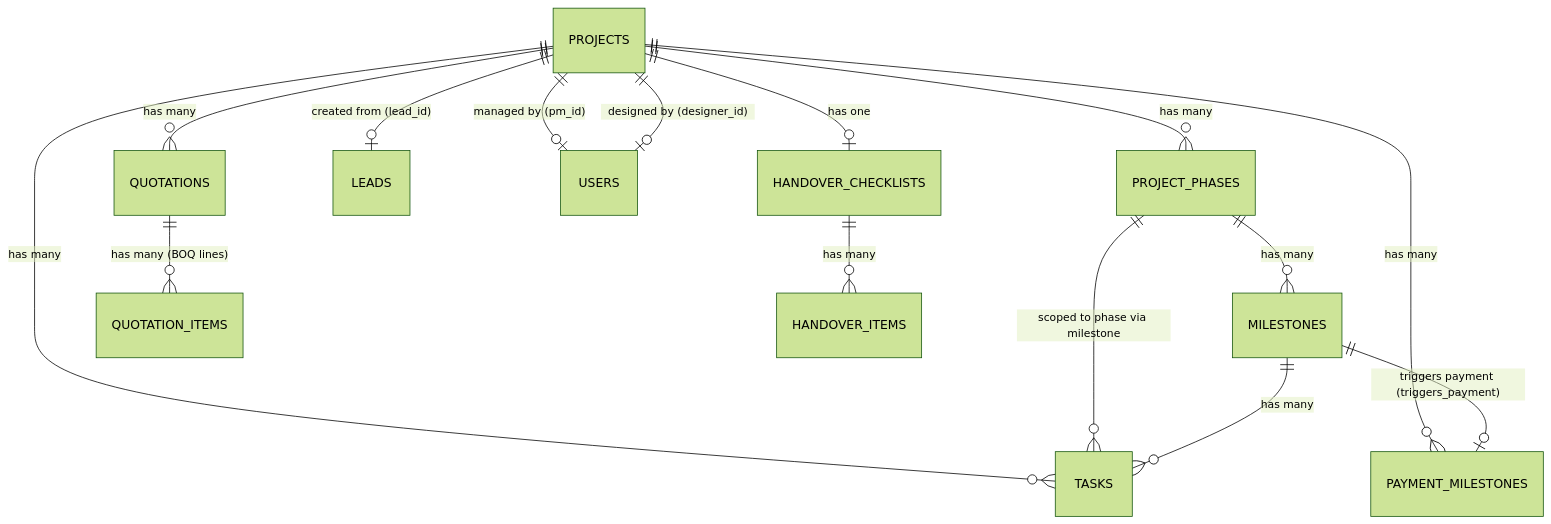
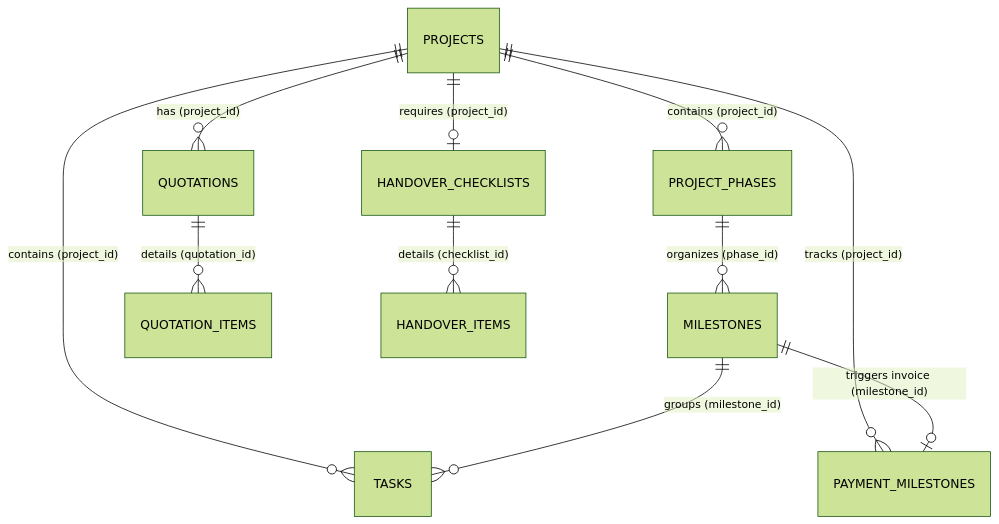
Before and after one commit to nvnkmr127/CRM-Interior-Construction: the first of 2 diagrams in docs/project.md, drawn with Mermaid (forest theme). The commit also changed other lines of this file and 2 other files, not shown here.

Commit message:
feat: add Drawer component styles and documentation for lead-to-project conversion workflow

````diff
--- a/docs/project.md
+++ b/docs/project.md
@@ -41,21 +21,15 @@
 ```mermaid
 erDiagram
-    PROJECTS ||--o{ PROJECT_PHASES : "has many"
-    PROJECTS ||--o{ PAYMENT_MILESTONES : "has many"
-    PROJECTS ||--o{ QUOTATIONS : "has many"
-    PROJECTS ||--o{ TASKS : "has many"
-    PROJECTS ||--o| LEADS : "created from (lead_id)"
-
-    PROJECT_PHASES ||--o{ MILESTONES : "has many"
-    PROJECT_PHASES ||--o{ TASKS : "scoped to phase via milestone"
-
-    MILESTONES ||--o{ TASKS : "has many"
-    MILESTONES ||--o| PAYMENT_MILESTONES : "triggers payment (triggers_payment)"
-
-    QUOTATIONS ||--o{ QUOTATION_ITEMS : "has many (BOQ lines)"
-
-    PROJECTS ||--o| USERS : "managed by (pm_id)"
-    PROJECTS ||--o| USERS : "designed by (designer_id)"
-    PROJECTS ||--o| HANDOVER_CHECKLISTS : "has one"
-    HANDOVER_CHECKLISTS ||--o{ HANDOVER_ITEMS : "has many"
+    PROJECTS ||--o{ PROJECT_PHASES : "contains (project_id)"
+    PROJECTS ||--o{ PAYMENT_MILESTONES : "tracks (project_id)"
+    PROJECTS ||--o{ QUOTATIONS : "has (project_id)"
+    PROJECTS ||--o{ TASKS : "contains (project_id)"
+    PROJECTS ||--o| HANDOVER_CHECKLISTS : "requires (project_id)"
+    
+    PROJECT_PHASES ||--o{ MILESTONES : "organizes (phase_id)"
+    MILESTONES ||--o{ TASKS : "groups (milestone_id)"
+    MILESTONES ||--o| PAYMENT_MILESTONES : "triggers invoice (milestone_id)"
+    
+    QUOTATIONS ||--o{ QUOTATION_ITEMS : "details (quotation_id)"
+    HANDOVER_CHECKLISTS ||--o{ HANDOVER_ITEMS : "details (checklist_id)"
 ```
````
